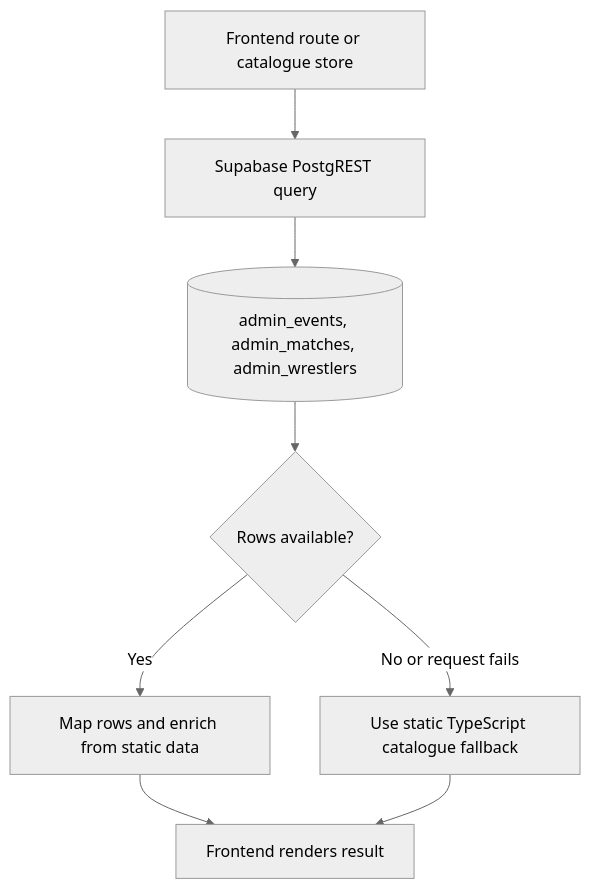
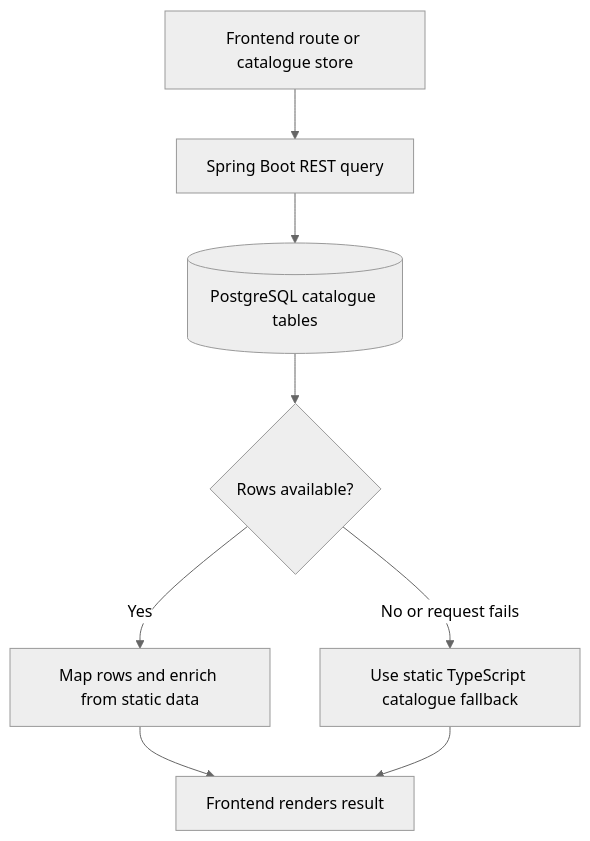
One commit to BitStunner/TopRopes-Backend changed the first of 3 diagrams in docs/architecture/FLOWCHART.md. Above: the diagram before and after it, drawn with Mermaid. The commit also changed other lines of this file and 28 other files, not shown here.

Commit message:
remove supabase match frontend

````diff
--- a/docs/architecture/FLOWCHART.md
+++ b/docs/architecture/FLOWCHART.md
@@ -5,11 +5,11 @@
 ```mermaid
 %%{init: {'theme': 'neutral'}}%%
 flowchart TD
-  A[Frontend route or catalogue store] --> B[Supabase PostgREST query]
-  B --> C[(admin_events, admin_matches, admin_wrestlers)]
+  A[Frontend route or catalogue store] --> B[Spring Boot REST query]
+  B --> C[(PostgreSQL catalogue tables)]
   C --> D{Rows available?}
   D -- Yes --> E[Map rows and enrich from static data]
   D -- No or request fails --> F[Use static TypeScript catalogue fallback]
   E --> G[Frontend renders result]
   F --> G
 ```
````
